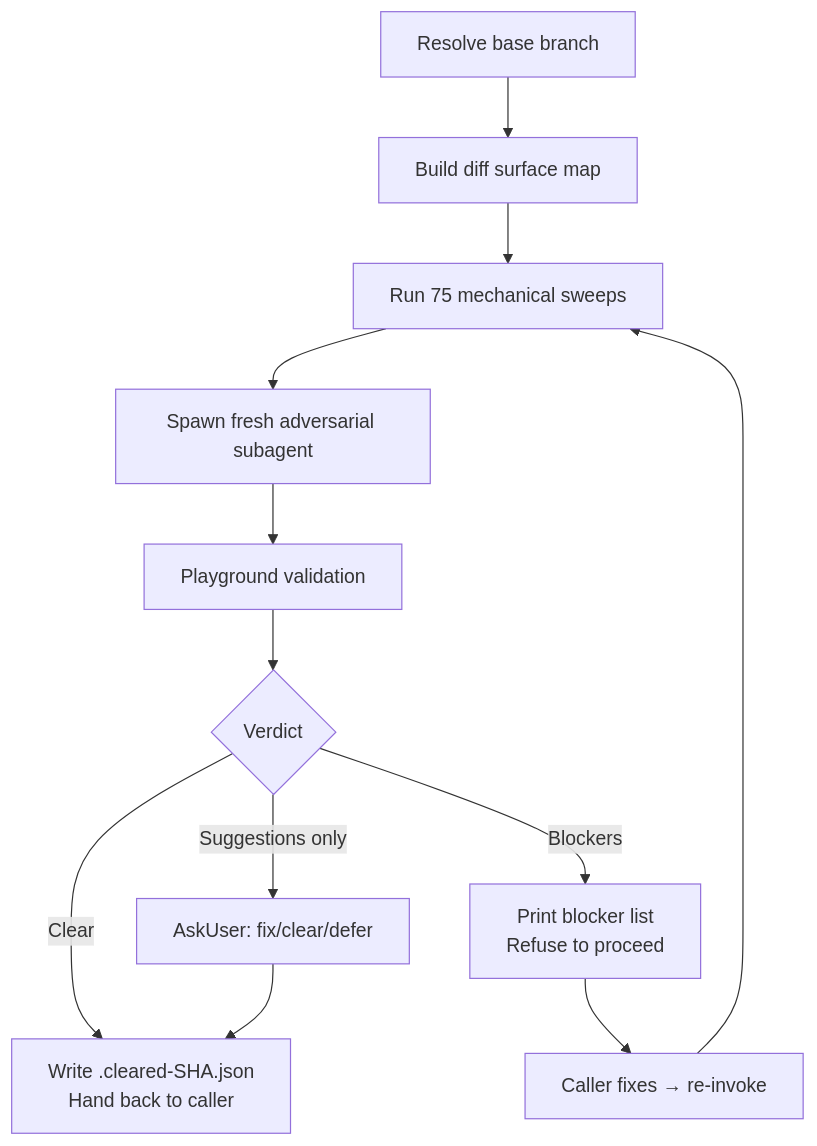
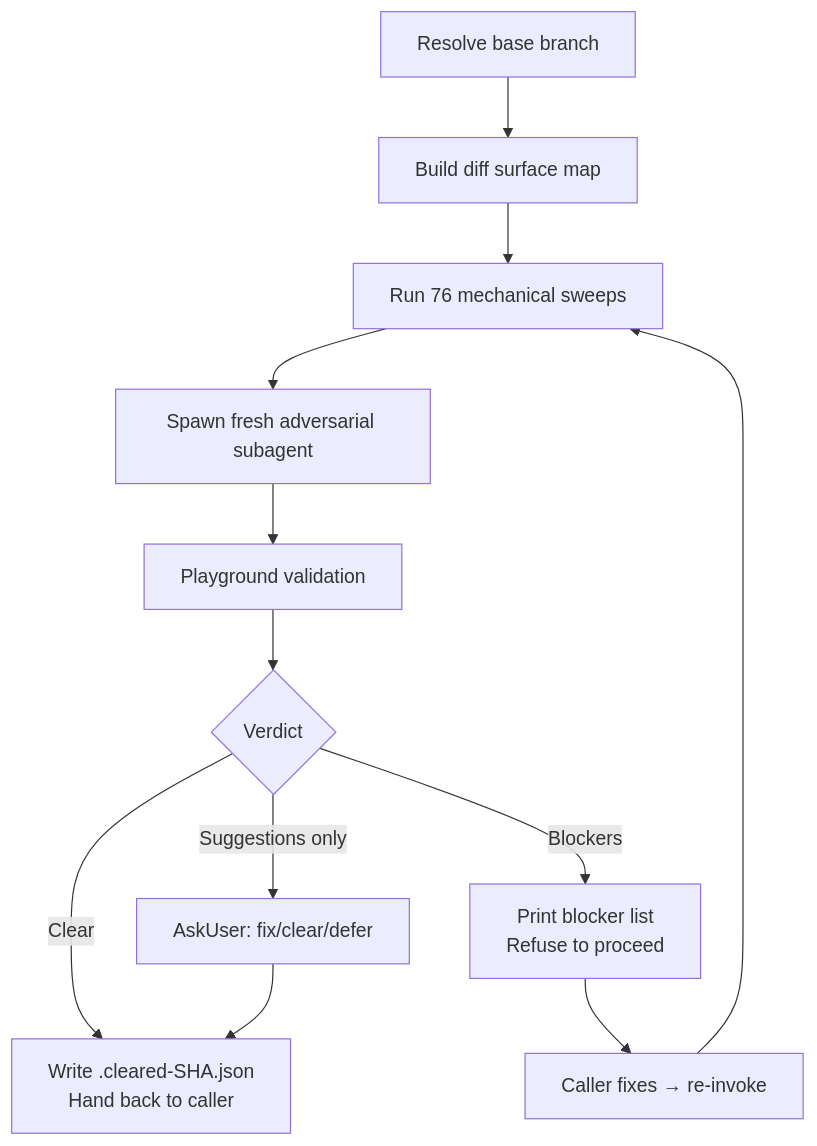
One commit to whizzzkid/skills changed the diagram in skills/adversarial-review/README.md. Above: the diagram before and after it, drawn with Mermaid. The commit also changed other lines of this file and 3 other files, not shown here.

````diff
--- a/skills/adversarial-review/README.md
+++ b/skills/adversarial-review/README.md
@@ -16,14 +16,14 @@
 ```mermaid
 flowchart TD
     A[Resolve base branch] --> B[Build diff surface map]
-    B --> C[Run 75 mechanical sweeps]
+    B --> C[Run 76 mechanical sweeps]
     C --> D[Spawn fresh adversarial subagent]
     D --> E[Playground validation]
     E --> F{Verdict}
     F -->|Clear| G[Write .cleared-SHA.json<br/>Hand back to caller]
     F -->|Blockers| H[Print blocker list<br/>Refuse to proceed]
     F -->|Suggestions only| I[AskUser: fix/clear/defer]
     H --> J[Caller fixes → re-invoke]
     J --> C
     I --> G
 ```
````
